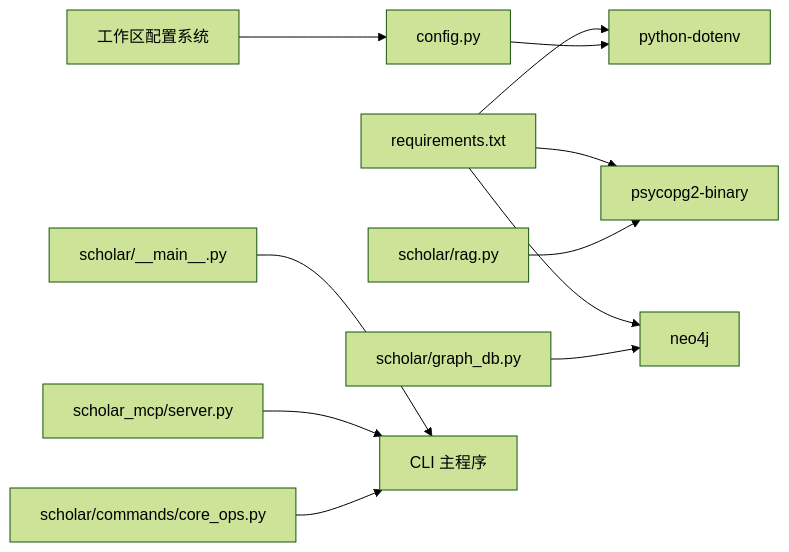
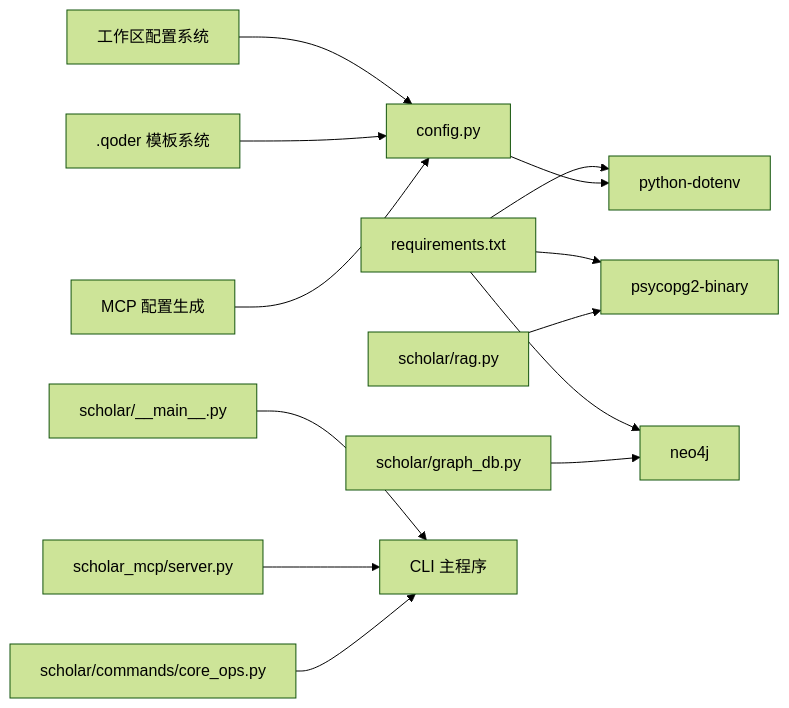
Before and after one commit to 1173591564/academic-based-qoder: the ninth of 9 diagrams in .qoder/repowiki/zh/content/Python后端系统/配置管理系统.md, drawn with Mermaid (forest theme). The commit also changed other lines of this file and 80 other files, not shown here.

````diff
--- a/.qoder/repowiki/zh/content/Python后端系统/配置管理系统.md
+++ b/.qoder/repowiki/zh/content/Python后端系统/配置管理系统.md
@@ -417,13 +470,15 @@
 ```mermaid
 graph LR
 REQ["requirements.txt"] --> DOTENV["python-dotenv"]
 REQ --> PSYC["psycopg2-binary"]
 REQ --> NEO["neo4j"]
 CFG["config.py"] --> DOTENV
 RAG["scholar/rag.py"] --> PSYC
 GRAPH["scholar/graph_db.py"] --> NEO
 MAIN["scholar/__main__.py"] --> CLI["CLI 主程序"]
 MCP["scholar_mcp/server.py"] --> CLI
 CORE["scholar/commands/core_ops.py"] --> CLI
 WS["工作区配置系统"] --> CFG
+QODER[".qoder 模板系统"] --> CFG
+MCPJSON["MCP 配置生成"] --> CFG
 ```
````
